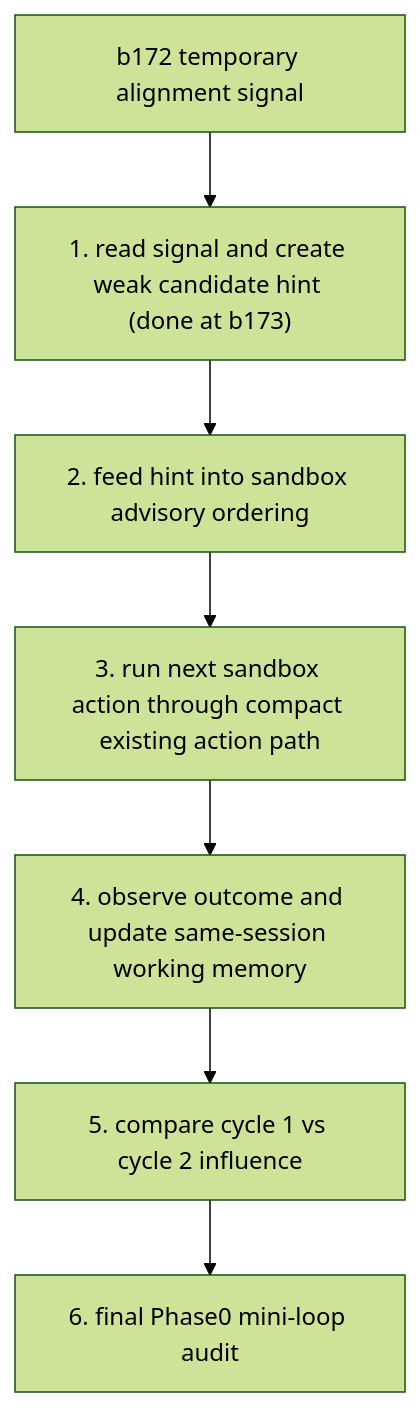
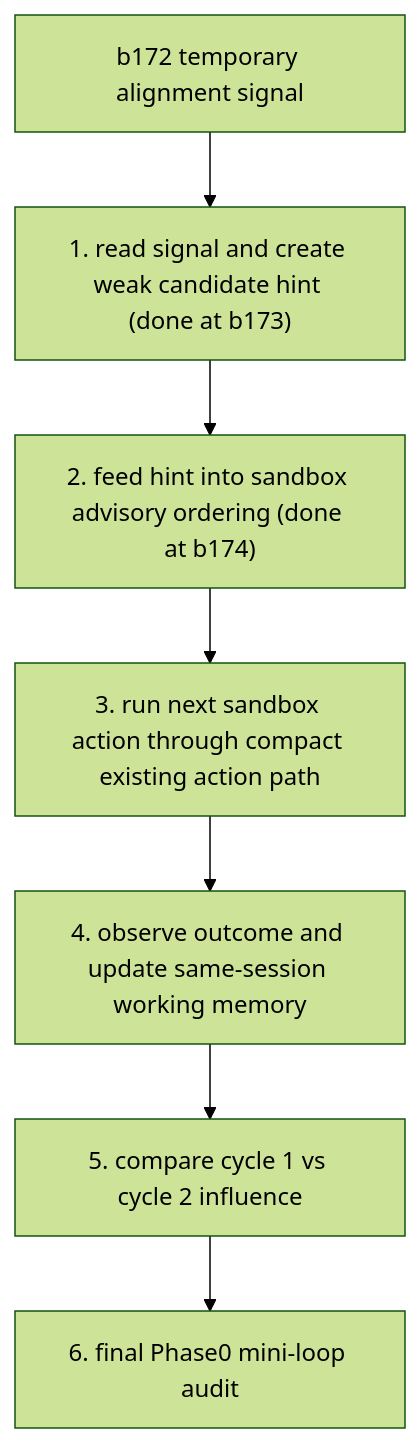
One commit to DeifiedXE/ashl_core_lab_v0 changed the diagram in docs/phase0_minimal_learning_action_memory_loop_plan.md. Above: the diagram before and after it, drawn with Mermaid (forest theme). The commit also changed other lines of this file and 11 other files, not shown here.

Commit message:
Add thought memory action hint ordering records

````diff
--- a/docs/phase0_minimal_learning_action_memory_loop_plan.md
+++ b/docs/phase0_minimal_learning_action_memory_loop_plan.md
@@ -108,9 +111,9 @@
 ```mermaid
 flowchart TD
     A["b172 temporary alignment signal"] --> B["1. read signal and create weak candidate hint (done at b173)"]
-    B --> C["2. feed hint into sandbox advisory ordering"]
+    B --> C["2. feed hint into sandbox advisory ordering (done at b174)"]
     C --> D["3. run next sandbox action through compact existing action path"]
     D --> E["4. observe outcome and update same-session working memory"]
     E --> F["5. compare cycle 1 vs cycle 2 influence"]
     F --> G["6. final Phase0 mini-loop audit"]
 ```
````
